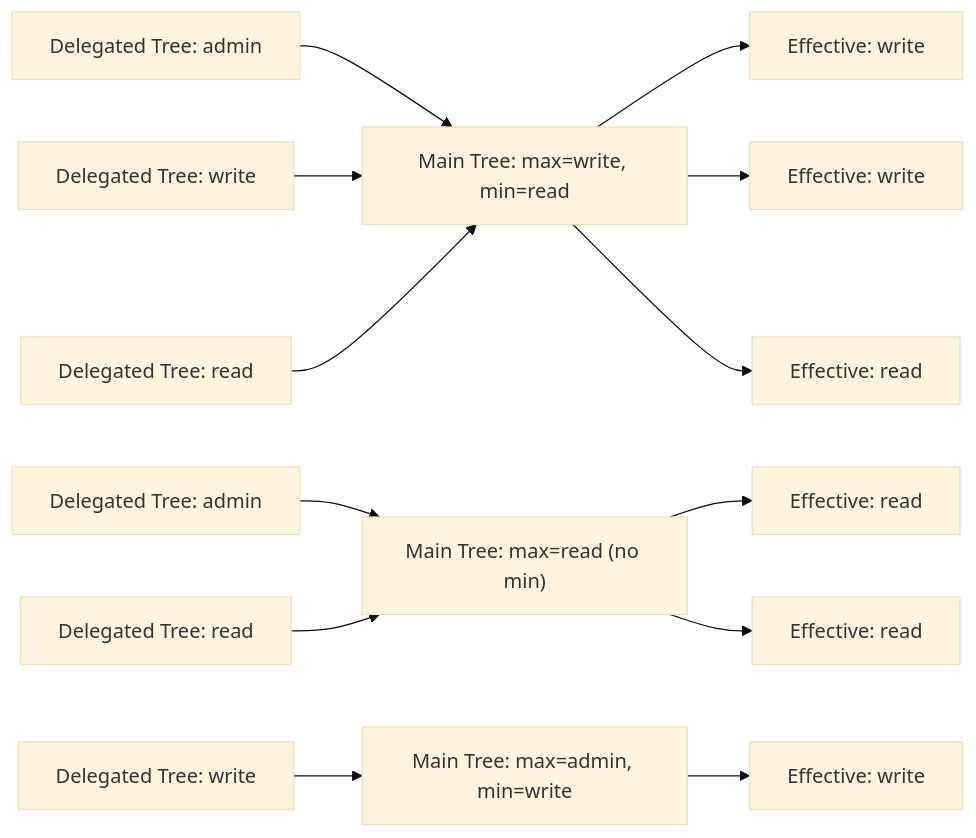
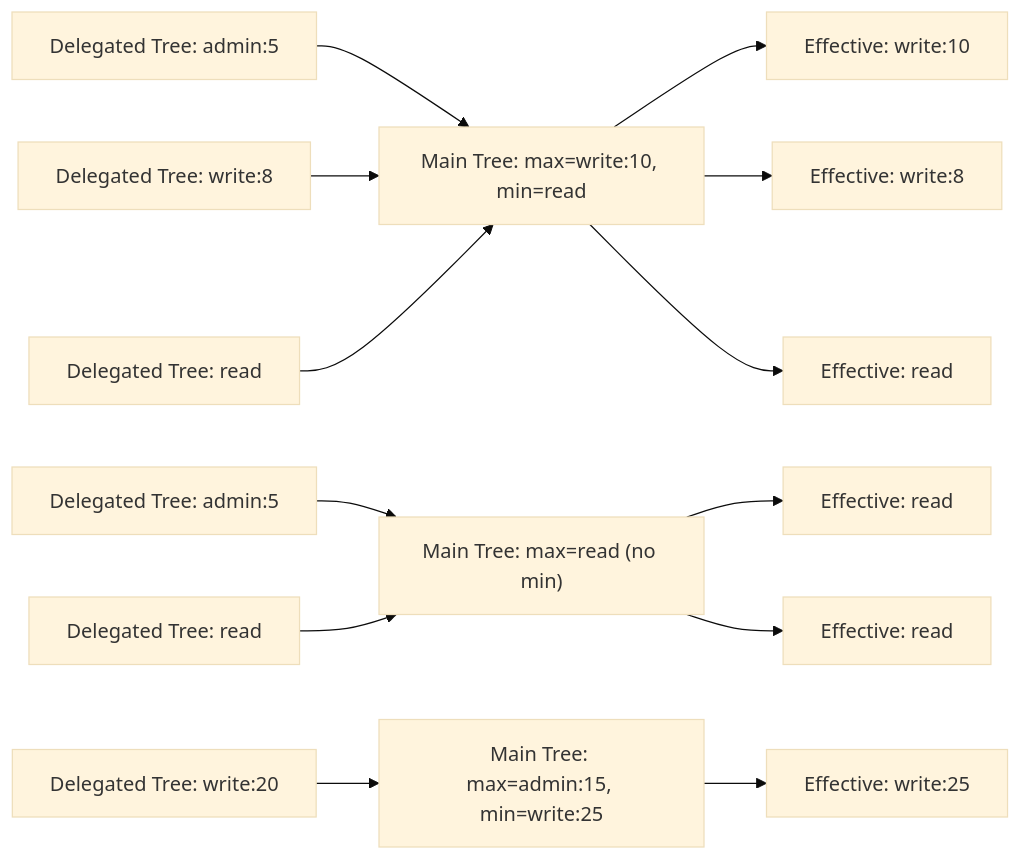
The third of 7 diagrams in docs/src/design/authentication.md (arcuru/eidetica), drawn with Mermaid (base theme) before and after one commit. The commit also changed other lines of this file and 10 other files, not shown here.

````diff
--- a/docs/src/design/authentication.md
+++ b/docs/src/design/authentication.md
@@ -342,10 +343,10 @@
 ```mermaid
 graph LR
-    A["Delegated Tree: admin"] --> B["Main Tree: max=write, min=read"] --> C["Effective: write"]
-    D["Delegated Tree: write"] --> B --> E["Effective: write"]
+    A["Delegated Tree: admin:5"] --> B["Main Tree: max=write:10, min=read"] --> C["Effective: write:10"]
+    D["Delegated Tree: write:8"] --> B --> E["Effective: write:8"]
     F["Delegated Tree: read"] --> B --> G["Effective: read"]
 
-    H["Delegated Tree: admin"] --> I["Main Tree: max=read (no min)"] --> J["Effective: read"]
+    H["Delegated Tree: admin:5"] --> I["Main Tree: max=read (no min)"] --> J["Effective: read"]
     K["Delegated Tree: read"] --> I --> L["Effective: read"]
-    M["Delegated Tree: write"] --> N["Main Tree: max=admin, min=write"] --> O["Effective: write"]
+    M["Delegated Tree: write:20"] --> N["Main Tree: max=admin:15, min=write:25"] --> O["Effective: write:25"]
 ```
````
